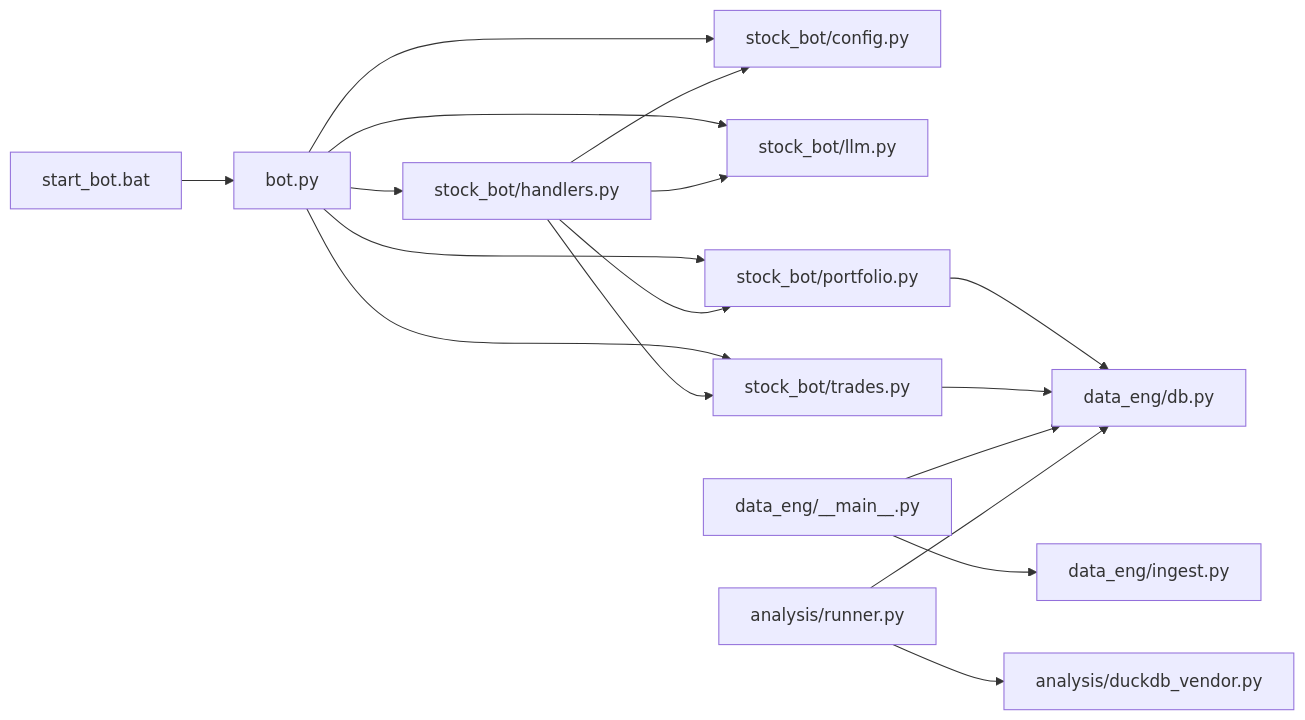
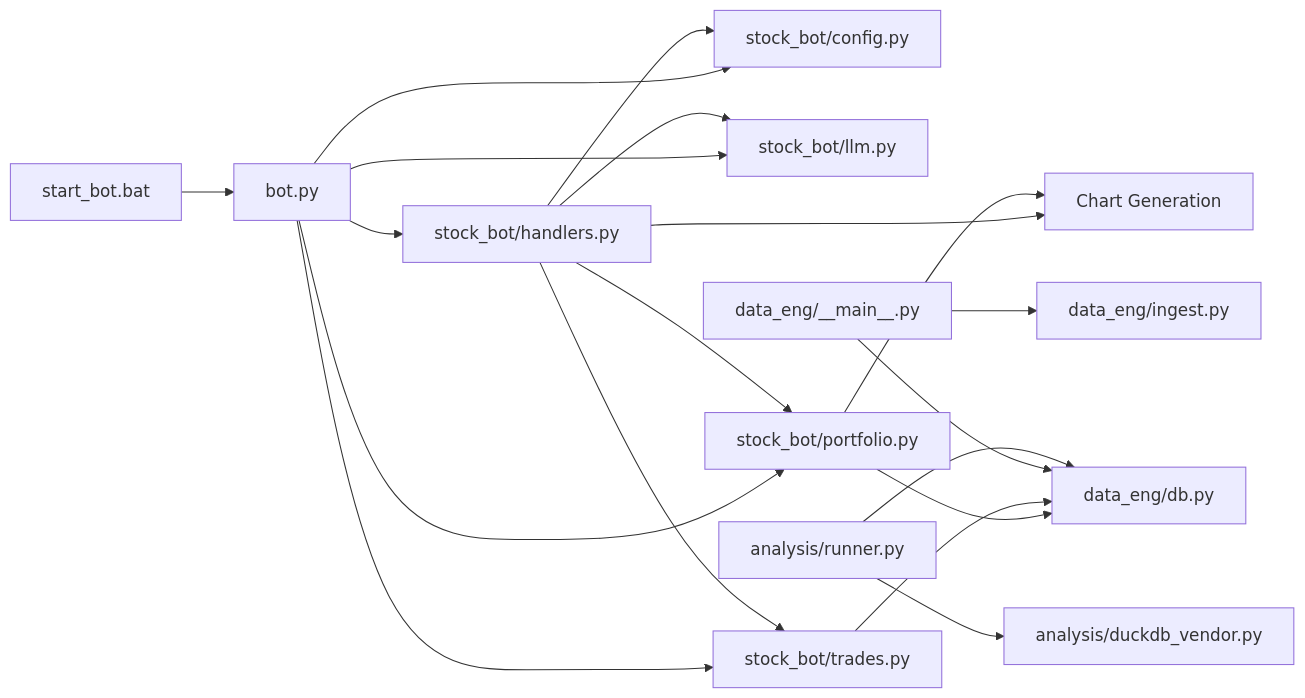
Before and after one commit to ZengSeng/telegram-bot: the sixth of 6 diagrams in .qoder/repowiki/en/content/Core Components/Stock Trading Bot.md, drawn with Mermaid. The commit also changed other lines of this file and 9 other files, not shown here.

````diff
--- a/.qoder/repowiki/en/content/Core Components/Stock Trading Bot.md
+++ b/.qoder/repowiki/en/content/Core Components/Stock Trading Bot.md
@@ -455,19 +541,21 @@
 ```mermaid
 graph LR
 BOT["bot.py"] --> HANDLERS["stock_bot/handlers.py"]
 BOT --> CFG["stock_bot/config.py"]
 BOT --> LLM["stock_bot/llm.py"]
 BOT --> PORTFOLIO["stock_bot/portfolio.py"]
 BOT --> TRADES["stock_bot/trades.py"]
 HANDLERS --> PORTFOLIO
 HANDLERS --> TRADES
 HANDLERS --> LLM
 HANDLERS --> CFG
+HANDLERS --> CHARTS["Chart Generation"]
 PORTFOLIO --> DB["data_eng/db.py"]
 TRADES --> DB
+PORTFOLIO --> CHARTS
 DATA_MAIN["data_eng/__main__.py"] --> INGEST["data_eng/ingest.py"]
 DATA_MAIN --> DB
 ANALYSIS_RUNNER["analysis/runner.py"] --> DUCK["analysis/duckdb_vendor.py"]
 ANALYSIS_RUNNER --> DB
 STARTBAT["start_bot.bat"] --> BOT
 ```
````
